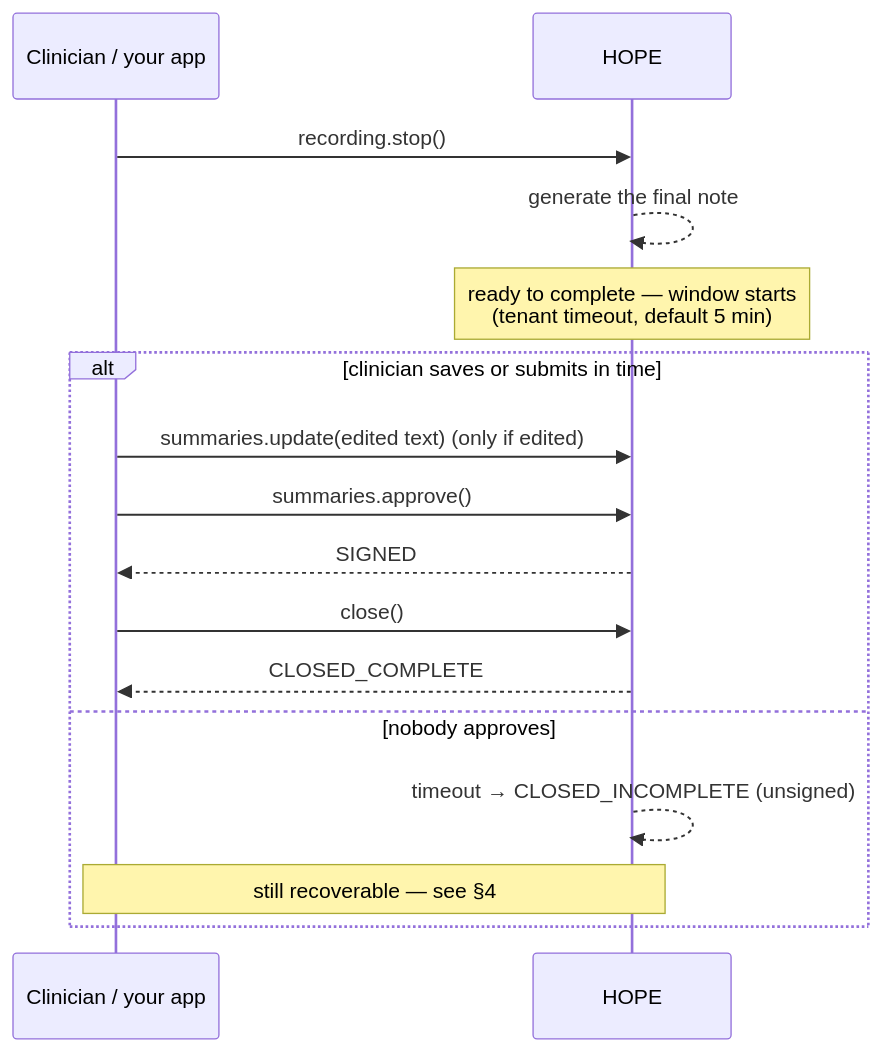
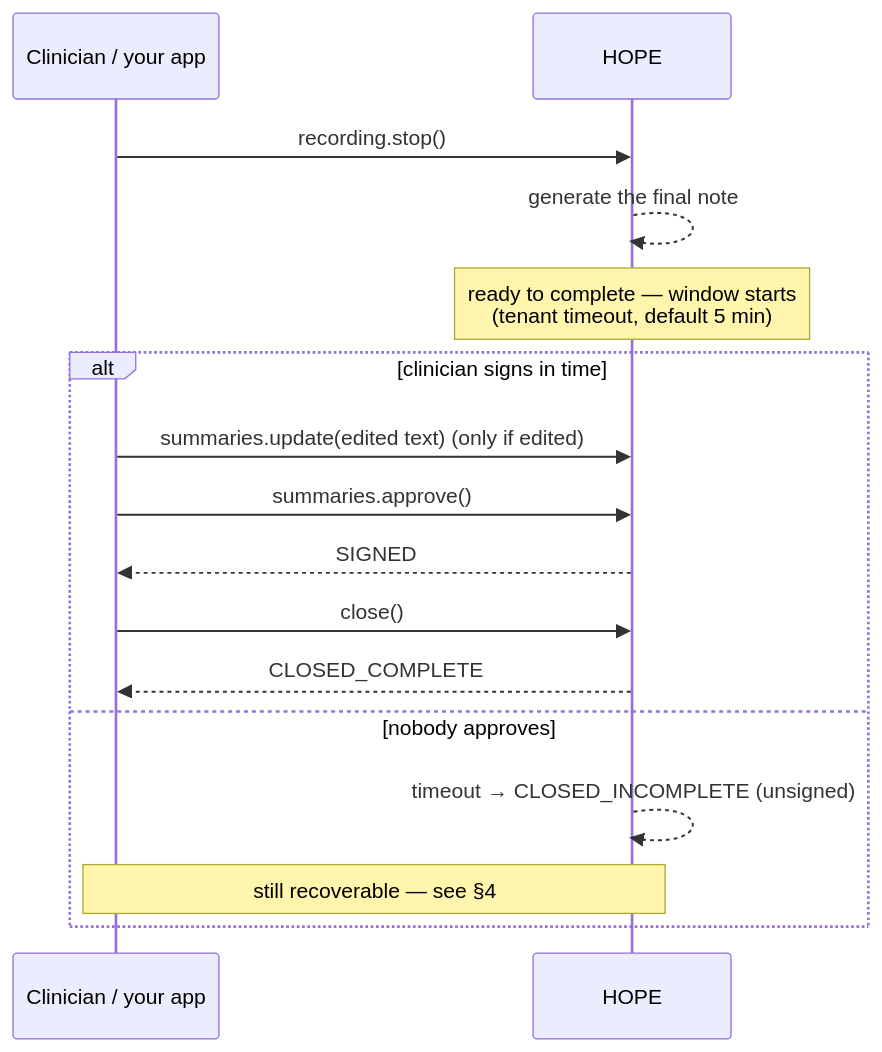
One commit to ArcaAI/vox-platform-study changed the second of 2 diagrams in docs/guides/consultation-session-lifecycle.md. Above: the diagram before and after it, drawn with Mermaid. The commit also changed other lines of this file and 2 other files, not shown here.

````diff
--- a/docs/guides/consultation-session-lifecycle.md
+++ b/docs/guides/consultation-session-lifecycle.md
@@ -109,18 +110,18 @@
 ```mermaid
 sequenceDiagram
     participant C as Clinician / your app
     participant H as HOPE
     C->>H: recording.stop()
     H-->>H: generate the final note
     Note over H: ready to complete — window starts<br/>(tenant timeout, default 5 min)
-    alt clinician saves or submits in time
+    alt clinician signs in time
         C->>H: summaries.update(edited text)  (only if edited)
         C->>H: summaries.approve()
         H-->>C: SIGNED
         C->>H: close()
         H-->>C: CLOSED_COMPLETE
     else nobody approves
         H-->>H: timeout → CLOSED_INCOMPLETE (unsigned)
         Note over C,H: still recoverable — see §4
     end
 ```
````
